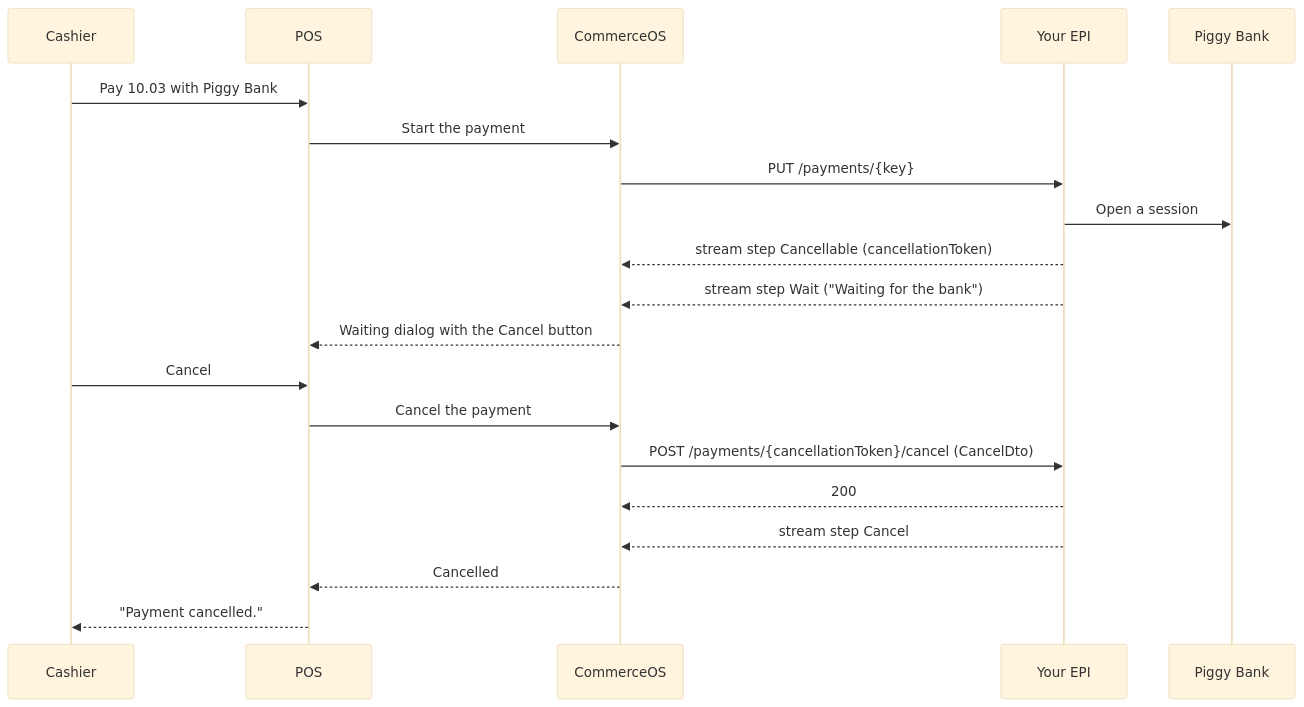
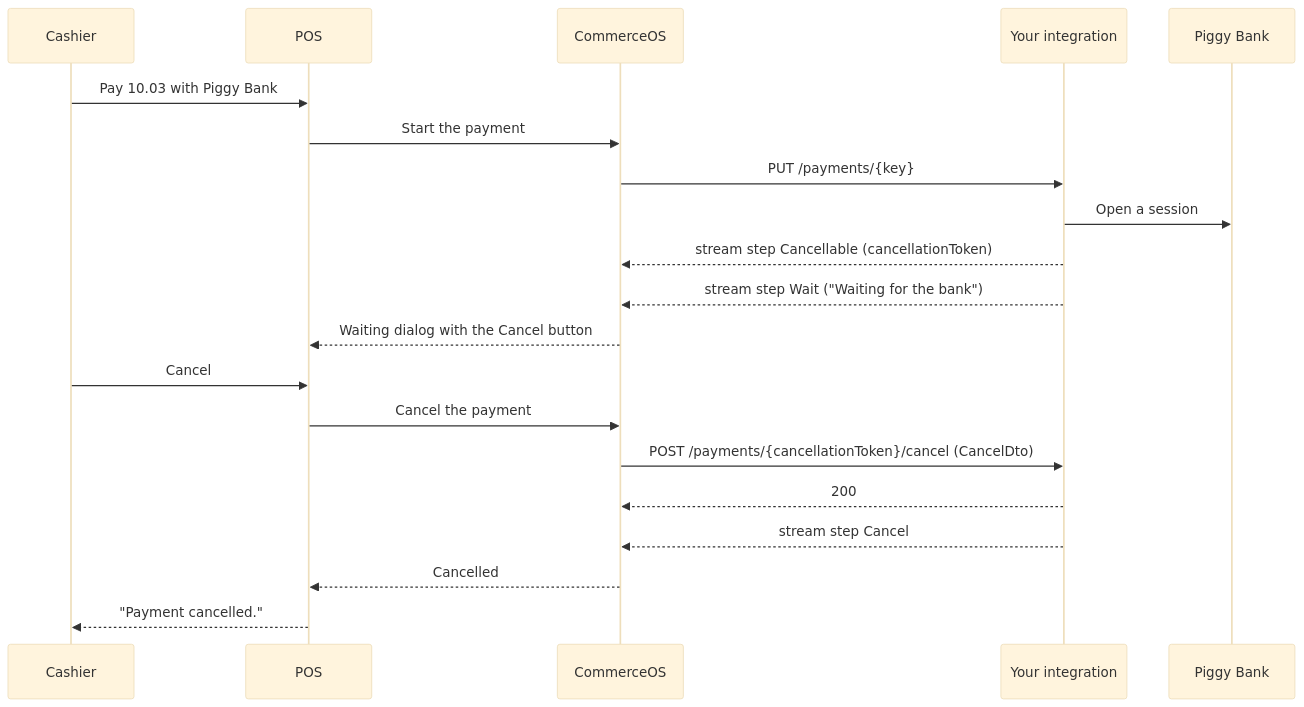
The second of 4 diagrams in guide/examples/payment-epi/flows.md (ByHeads/commerceos-api-reference), drawn with Mermaid (base theme) before and after one commit. The commit also changed other lines of this file and 19 other files, not shown here.

First line of the commit message:
docs(payment-epi): the partner builds an integration, and its credential comes from install

````diff
--- a/guide/examples/payment-epi/flows.md
+++ b/guide/examples/payment-epi/flows.md
@@ -31,22 +31,22 @@
 ```mermaid
 sequenceDiagram
     participant Cashier
     participant POS
     participant CommerceOS
-    participant EPI as Your EPI
+    participant Integration as Your integration
     participant Bank as Piggy Bank
     Cashier->>POS: Pay 10.03 with Piggy Bank
     POS->>CommerceOS: Start the payment
-    CommerceOS->>EPI: PUT /payments/{key}
-    EPI->>Bank: Open a session
-    EPI-->>CommerceOS: stream step Cancellable (cancellationToken)
-    EPI-->>CommerceOS: stream step Wait ("Waiting for the bank")
+    CommerceOS->>Integration: PUT /payments/{key}
+    Integration->>Bank: Open a session
+    Integration-->>CommerceOS: stream step Cancellable (cancellationToken)
+    Integration-->>CommerceOS: stream step Wait ("Waiting for the bank")
     CommerceOS-->>POS: Waiting dialog with the Cancel button
     Cashier->>POS: Cancel
     POS->>CommerceOS: Cancel the payment
-    CommerceOS->>EPI: POST /payments/{cancellationToken}/cancel (CancelDto)
-    EPI-->>CommerceOS: 200
-    EPI-->>CommerceOS: stream step Cancel
+    CommerceOS->>Integration: POST /payments/{cancellationToken}/cancel (CancelDto)
+    Integration-->>CommerceOS: 200
+    Integration-->>CommerceOS: stream step Cancel
     CommerceOS-->>POS: Cancelled
     POS-->>Cashier: "Payment cancelled."
 ```
````
